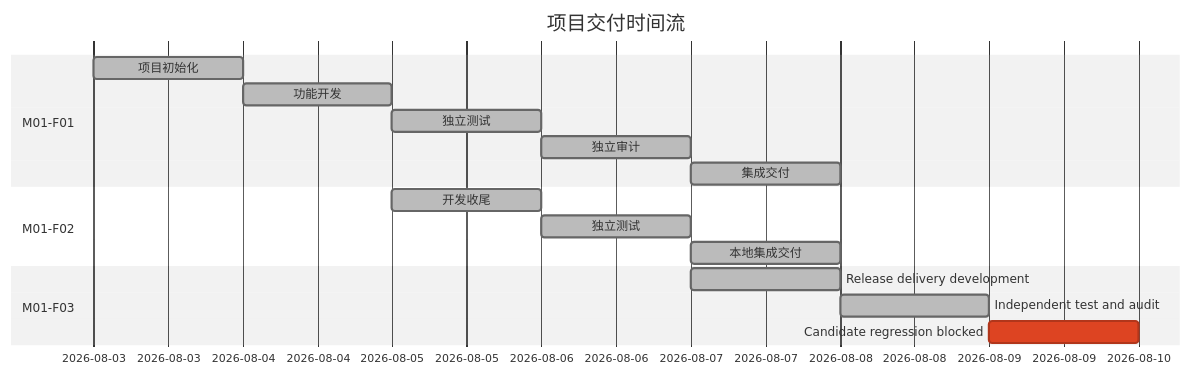
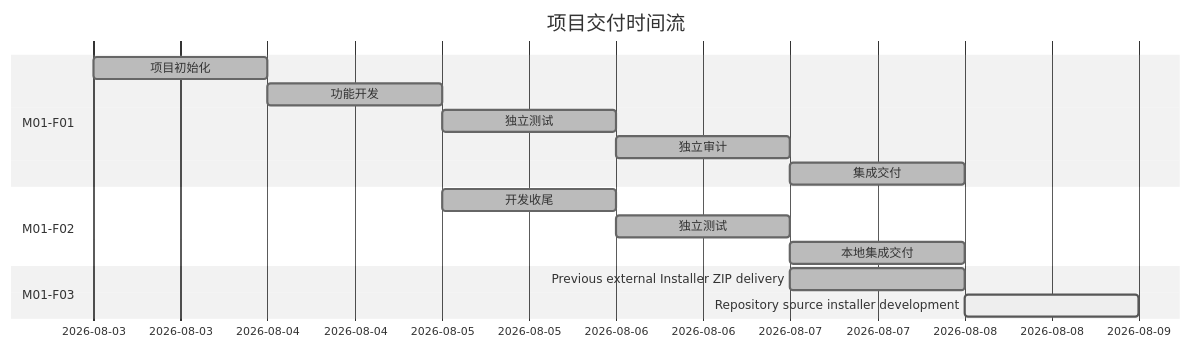
Before and after one commit to 23Lm-star/Calculator-Plugin: the diagram in docs/ai-workflow/项目时间流.md, drawn with Mermaid (neutral theme). The commit also changed other lines of this file and 18 other files, not shown here.

Commit message:
release: deliver repository payload installer

````diff
--- a/docs/ai-workflow/项目时间流.md
+++ b/docs/ai-workflow/项目时间流.md
@@ -3,19 +3,18 @@
 ```mermaid
 gantt
     title 项目交付时间流
     dateFormat  YYYY-MM-DD
     section M01-F01
     项目初始化 :done, init, 2026-08-03, 1d
     功能开发 :done, dev, after init, 1d
     独立测试 :done, test, after dev, 1d
     独立审计 :done, audit, after test, 1d
     集成交付 :done, delivery, after audit, 1d
     section M01-F02
     开发收尾 :done, v11dev, 2026-08-05, 1d
     独立测试 :done, v11test, after v11dev, 1d
     本地集成交付 :done, v11integration, after v11test, 1d
     section M01-F03
-    Release delivery development:done, releaseDev, 2026-08-07, 1d
-    Independent test and audit :done, releaseTest, after releaseDev, 1d
-    Candidate regression blocked :crit, releaseIntegration, after releaseTest, 1d
+    Previous external Installer ZIP delivery:done, releaseDev, 2026-08-07, 1d
+    Repository source installer development :active, releaseRepoPayload, 2026-08-08, 1d
 ```
````
